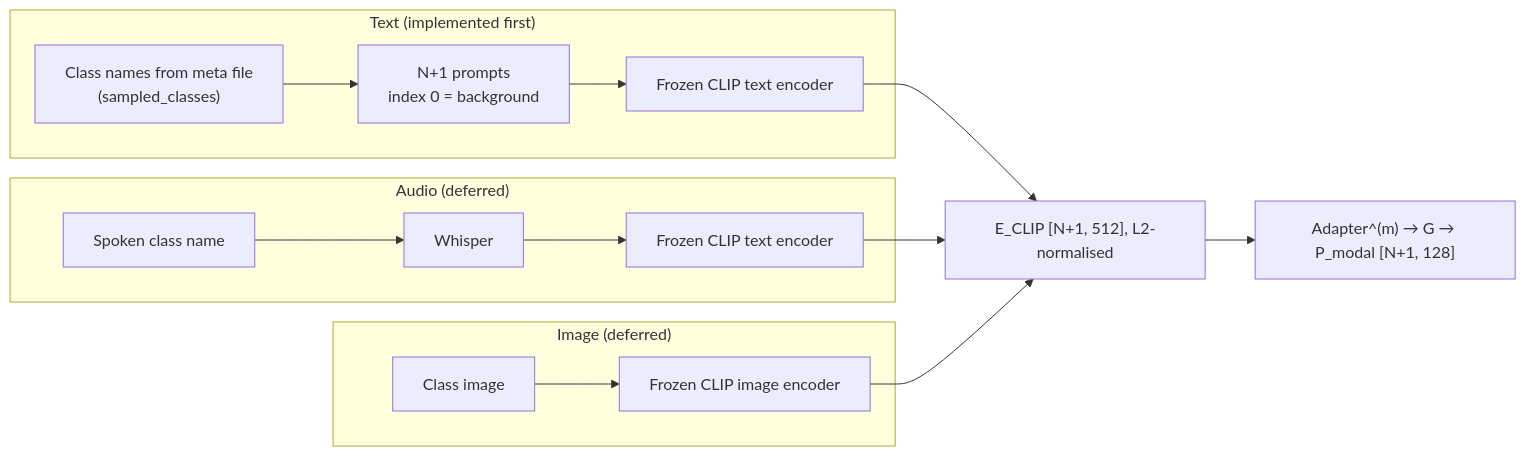
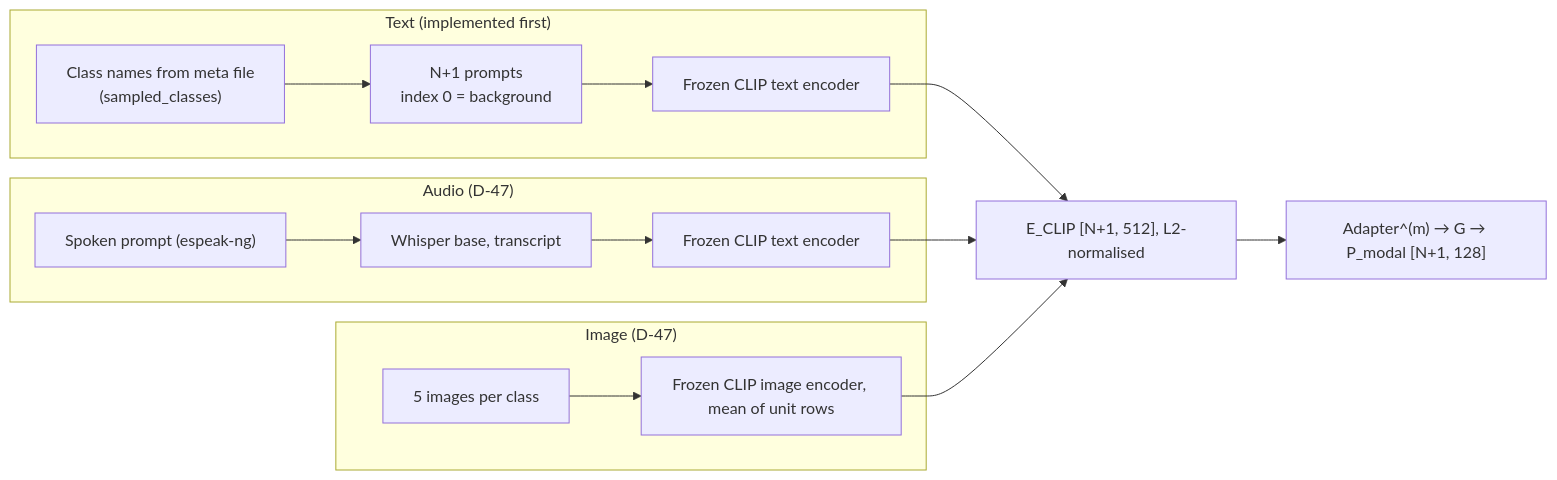
Before and after one commit to vminh16/CascadeProto: the diagram in docs/spec/03_MULTIMODAL_SPEC.md, drawn with Mermaid. The commit also changed other lines of this file and 22 other files, not shown here.

````diff
--- a/docs/spec/03_MULTIMODAL_SPEC.md
+++ b/docs/spec/03_MULTIMODAL_SPEC.md
@@ -32,17 +32,17 @@
 ```mermaid
 flowchart LR
     subgraph Text["Text (implemented first)"]
         Names["Class names from meta file<br/>(sampled_classes)"] --> Prompts["N+1 prompts<br/>index 0 = background"]
         Prompts --> CLIPT["Frozen CLIP text encoder"]
     end
-    subgraph Audio["Audio (deferred)"]
-        Wav["Spoken class name"] --> Whisper["Whisper"] --> CLIPA["Frozen CLIP text encoder"]
+    subgraph Audio["Audio (D-47)"]
+        Wav["Spoken prompt (espeak-ng)"] --> Whisper["Whisper base, transcript"] --> CLIPA["Frozen CLIP text encoder"]
     end
-    subgraph Image["Image (deferred)"]
-        Img["Class image"] --> CLIPV["Frozen CLIP image encoder"]
+    subgraph Image["Image (D-47)"]
+        Img["5 images per class"] --> CLIPV["Frozen CLIP image encoder, mean of unit rows"]
     end
     CLIPT --> E["E_CLIP [N+1, 512], L2-normalised"]
     CLIPA --> E
     CLIPV --> E
     E --> LMA["Adapter^(m) → G → P_modal [N+1, 128]"]
 ```
````
